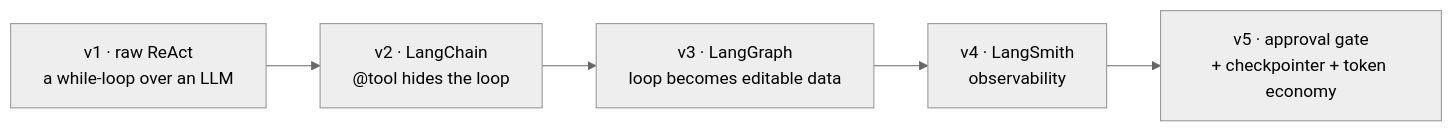
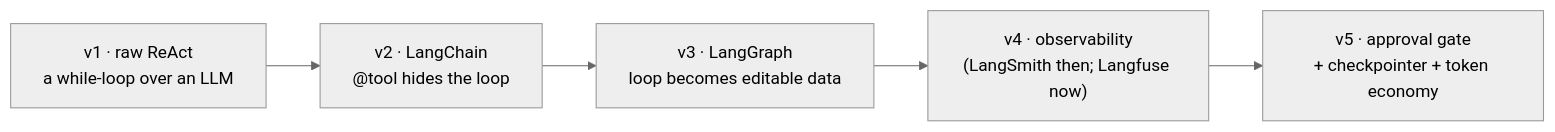
Before and after one commit to naveen6gowda/Portfolio: the second of 3 diagrams in ai/Agent_AI/README.md, drawn with Mermaid (neutral theme). The commit also changed other lines of this file and 8 other files, not shown here.

````diff
--- a/ai/Agent_AI/README.md
+++ b/ai/Agent_AI/README.md
@@ -93,7 +97,7 @@
 ```mermaid
 flowchart LR
     V1["v1 · raw ReAct<br/>a while-loop over an LLM"] --> V2["v2 · LangChain<br/>@tool hides the loop"]
     V2 --> V3["v3 · LangGraph<br/>loop becomes editable data"]
-    V3 --> V4["v4 · LangSmith<br/>observability"]
+    V3 --> V4["v4 · observability<br/>(LangSmith then; Langfuse now)"]
     V4 --> V5["v5 · approval gate<br/>+ checkpointer + token economy"]
 ```
````
